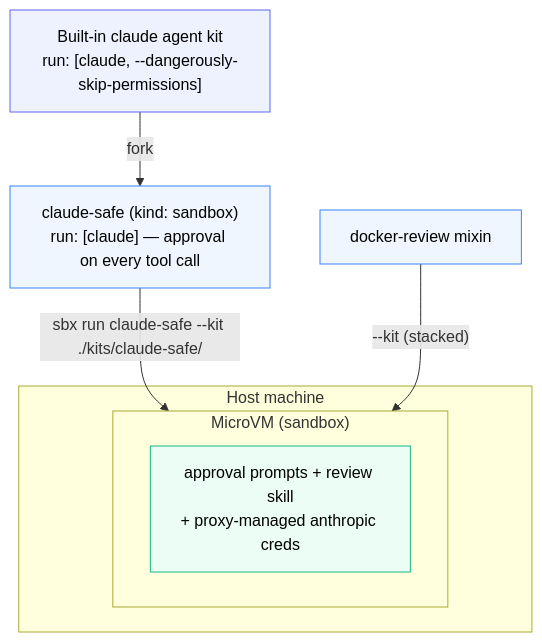
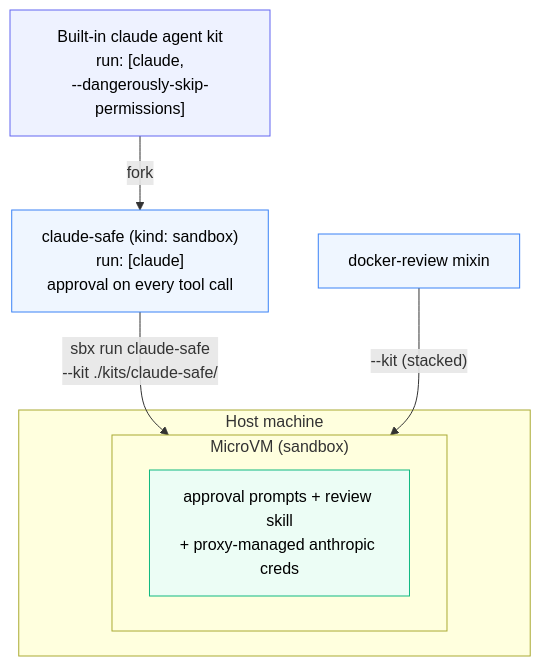
Before and after one commit to ajeetraina/labspace-docker-ai-governance: the diagram in labspace/kits/04-agent-kit.md, drawn with Mermaid. The commit also changed 14 other files, not shown here.

First line of the commit message:
Fix diagram text overflow: wrap long labels, shorten wide subgraph titles

````diff
--- a/labspace/kits/04-agent-kit.md
+++ b/labspace/kits/04-agent-kit.md
@@ -3,19 +3,19 @@
 ```mermaid
 flowchart TB
-    BUILTIN["Built-in claude agent kit<br/>run: [claude, --dangerously-skip-permissions]"]
-    BUILTIN -- fork --> SAFE["claude-safe (kind: sandbox)<br/>run: [claude] — approval on every tool call"]
-    SAFE -- "sbx run claude-safe --kit ./kits/claude-safe/" --> VM
+    BUILTIN["Built-in claude agent kit<br/>run: [claude,<br/>--dangerously-skip-permissions]"]
+    BUILTIN -- fork --> SAFE["claude-safe (kind: sandbox)<br/>run: [claude]<br/>approval on every tool call"]
+    SAFE -- "sbx run claude-safe<br/>--kit ./kits/claude-safe/" --> VM
     MIXIN["docker-review mixin"] -- "--kit (stacked)" --> VM
     subgraph HOST["Host machine"]
         subgraph VM["MicroVM (sandbox)"]
             A["approval prompts + review skill<br/>+ proxy-managed anthropic creds"]
         end
     end
 
     classDef base fill:#eef2ff,stroke:#6366f1,color:#000
     classDef kit fill:#eff6ff,stroke:#3b82f6,color:#000
     classDef vm fill:#ecfdf5,stroke:#10b981,color:#000
     class BUILTIN base
     class SAFE,MIXIN kit
     class A vm
 ```
````
